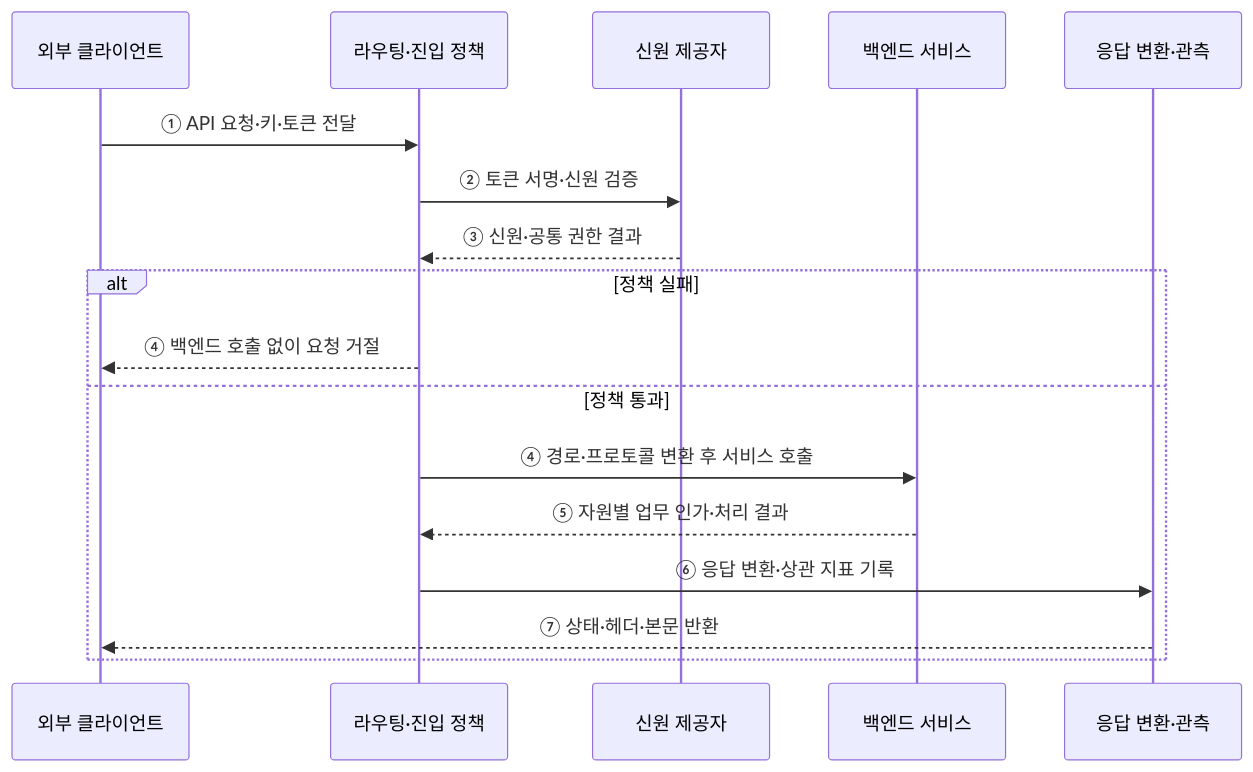
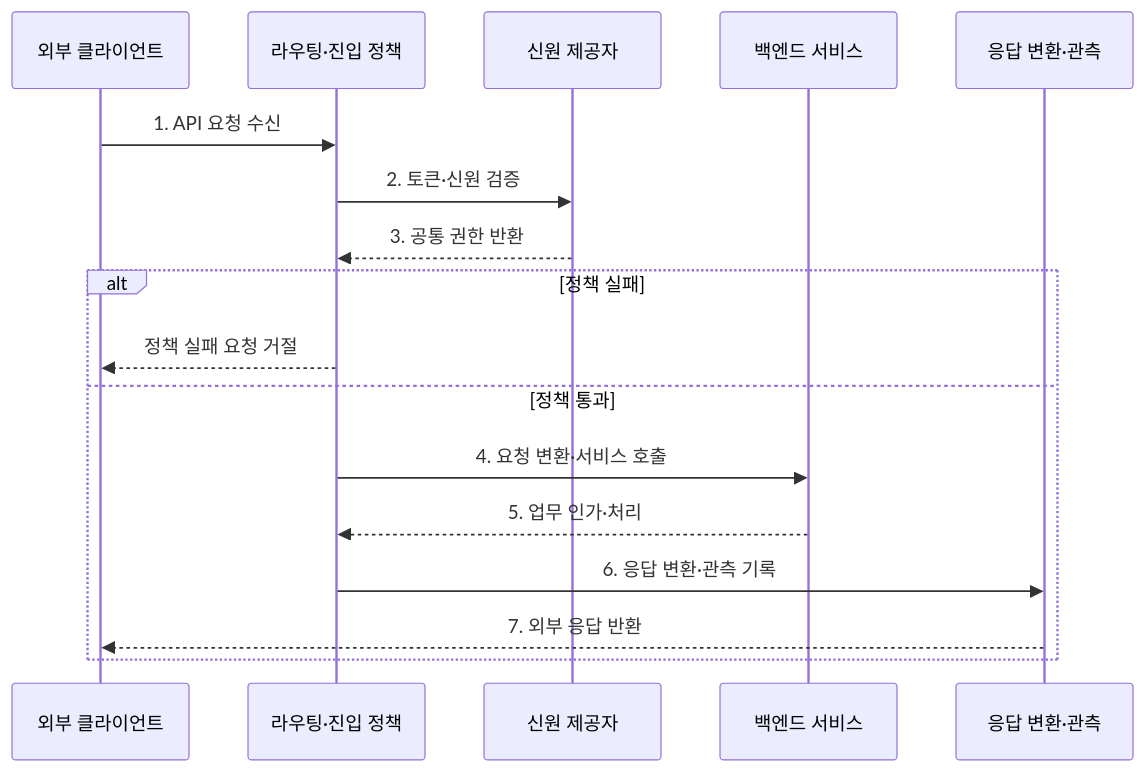
Before and after one commit to agnusdei1207/knowledge-base: the second of 2 diagrams in src/content/docs/notes/03-software/040_api_gateway.md, drawn with Mermaid. The commit also changed other lines of this file and 20 other files, not shown here.

````diff
--- a/src/content/docs/notes/03-software/040_api_gateway.md
+++ b/src/content/docs/notes/03-software/040_api_gateway.md
@@ -96,19 +91,19 @@
 ```mermaid
 sequenceDiagram
     participant C as 외부 클라이언트
     participant G as 라우팅·진입 정책
     participant I as 신원 제공자
     participant S as 백엔드 서비스
     participant O as 응답 변환·관측
-    C->>G: ① API 요청·키·토큰 전달
-    G->>I: ② 토큰 서명·신원 검증
-    I-->>G: ③ 신원·공통 권한 결과
+    C->>G: 1. API 요청 수신
+    G->>I: 2. 토큰·신원 검증
+    I-->>G: 3. 공통 권한 반환
     alt 정책 실패
-        G-->>C: ④ 백엔드 호출 없이 요청 거절
+        G-->>C: 정책 실패 요청 거절
     else 정책 통과
-        G->>S: ④ 경로·프로토콜 변환 후 서비스 호출
-        S-->>G: ⑤ 자원별 업무 인가·처리 결과
-        G->>O: ⑥ 응답 변환·상관 지표 기록
-        O-->>C: ⑦ 상태·헤더·본문 반환
+        G->>S: 4. 요청 변환·서비스 호출
+        S-->>G: 5. 업무 인가·처리
+        G->>O: 6. 응답 변환·관측 기록
+        O-->>C: 7. 외부 응답 반환
     end
 ```
````
